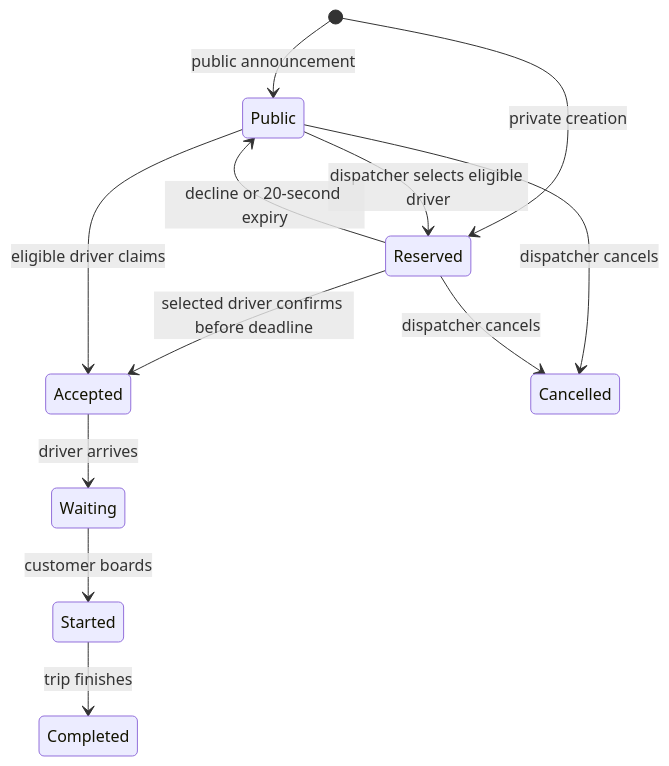
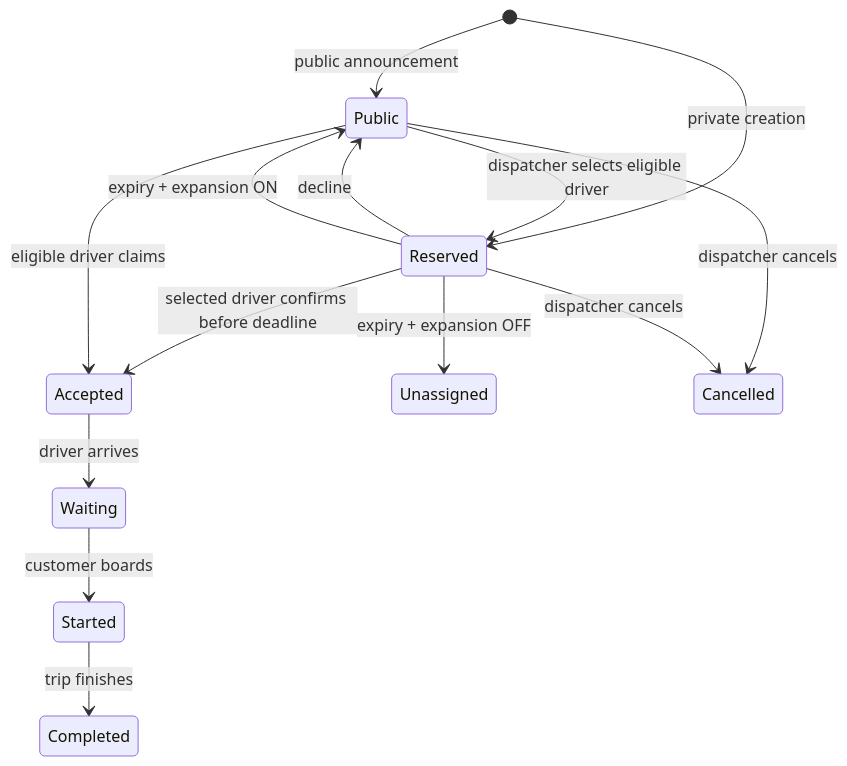
The diagram in docs/private-offers.md (bagtyyarkovusov/tayyn-hyzmat-project), drawn with Mermaid before and after one commit. The commit also changed other lines of this file and 10 other files, not shown here.

````diff
--- a/docs/private-offers.md
+++ b/docs/private-offers.md
@@ -11,14 +11,16 @@
 ```mermaid
 stateDiagram-v2
   [*] --> Public: public announcement
   [*] --> Reserved: private creation
   Public --> Reserved: dispatcher selects eligible driver
   Reserved --> Accepted: selected driver confirms before deadline
-  Reserved --> Public: decline or 20-second expiry
+  Reserved --> Public: decline
+  Reserved --> Public: expiry + expansion ON
+  Reserved --> Unassigned: expiry + expansion OFF
   Public --> Accepted: eligible driver claims
   Public --> Cancelled: dispatcher cancels
   Reserved --> Cancelled: dispatcher cancels
   Accepted --> Waiting: driver arrives
   Waiting --> Started: customer boards
   Started --> Completed: trip finishes
 ```
````
